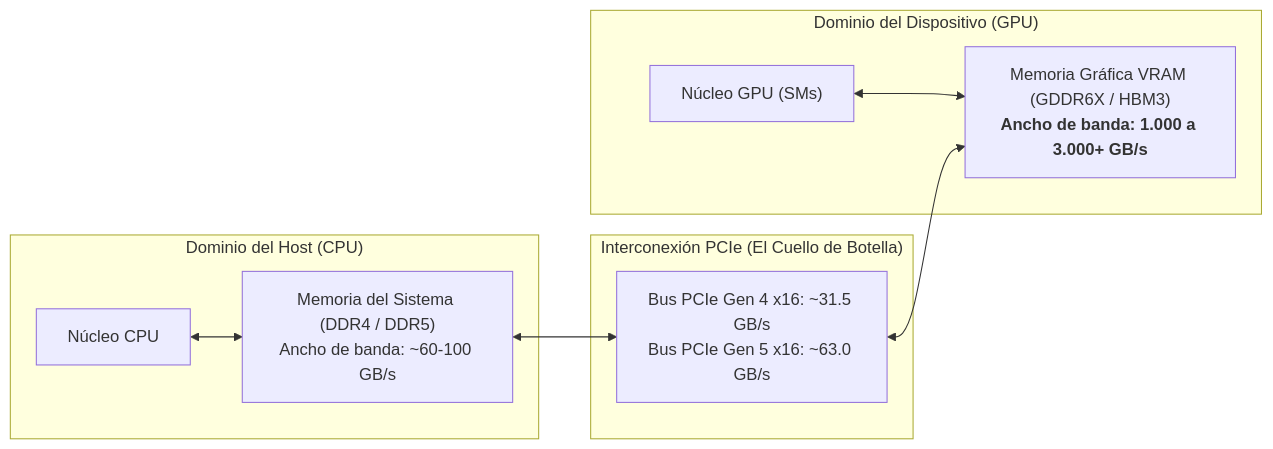
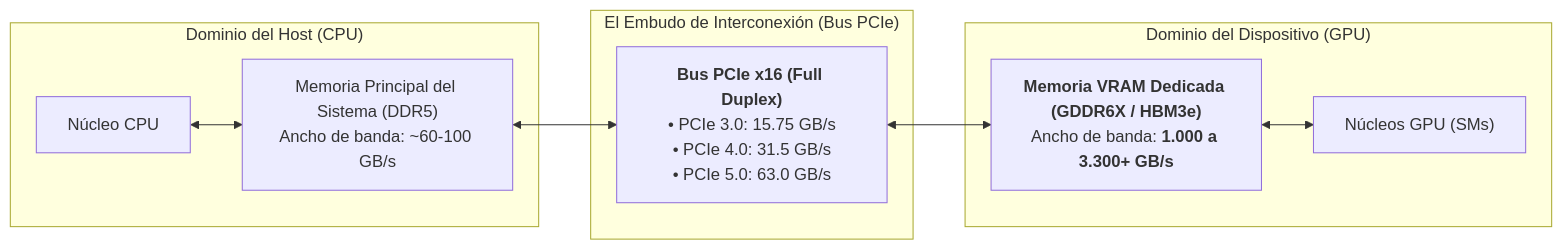
The seventh of 11 diagrams in Obsidian/pregrado/Documentos/Arquitectura de computadores/Arquitectura de GPU y Aceleradores Hardware en el Computador.md (kalech7/notes), drawn with Mermaid before and after one commit. The commit also changed other lines of this file and 7 other files, not shown here.

Commit message:
docs(arquitectura): auditoria pedagogica y tecnica completada con subagentes en microarquitectura, memoria, mmu, buses y gpu

````diff
--- a/Obsidian/pregrado/Documentos/Arquitectura de computadores/Arquitectura de GPU y Aceleradores Hardware en el Computador.md
+++ b/Obsidian/pregrado/Documentos/Arquitectura de computadores/Arquitectura de GPU y Aceleradores Hardware en el Computador.md
@@ -166,17 +298,17 @@
 ```mermaid
 flowchart LR
-    subgraph Host_CPU ["Dominio del Host (CPU)"]
-        CPU_Core["Núcleo CPU"] <--> RAM["Memoria del Sistema (DDR4 / DDR5)<br>Ancho de banda: ~60-100 GB/s"]
+    subgraph Host_Domain ["Dominio del Host (CPU)"]
+        CPU_Core["Núcleo CPU"] <--> RAM["Memoria Principal del Sistema (DDR5)<br>Ancho de banda: ~60-100 GB/s"]
     end
 
-    subgraph PCIe_Bridge ["Interconexión PCIe (El Cuello de Botella)"]
-        PCIe_Bus["Bus PCIe Gen 4 x16: ~31.5 GB/s<br>Bus PCIe Gen 5 x16: ~63.0 GB/s"]
+    subgraph Interconnect ["El Embudo de Interconexión (Bus PCIe)"]
+        PCIe["<b>Bus PCIe x16 (Full Duplex)</b><br>• PCIe 3.0: 15.75 GB/s<br>• PCIe 4.0: 31.5 GB/s<br>• PCIe 5.0: 63.0 GB/s"]
     end
 
-    subgraph Device_GPU ["Dominio del Dispositivo (GPU)"]
-        GPU_Core["Núcleo GPU (SMs)"] <--> VRAM["Memoria Gráfica VRAM (GDDR6X / HBM3)<br><b>Ancho de banda: 1.000 a 3.000+ GB/s</b>"]
+    subgraph Device_Domain ["Dominio del Dispositivo (GPU)"]
+        VRAM["<b>Memoria VRAM Dedicada (GDDR6X / HBM3e)</b><br>Ancho de banda: <b>1.000 a 3.300+ GB/s</b>"] <--> GPU_SM["Núcleos GPU (SMs)"]
     end
 
-    RAM <--> PCIe_Bus
-    PCIe_Bus <--> VRAM
+    RAM <--> PCIe
+    PCIe <--> VRAM
 ```
````
